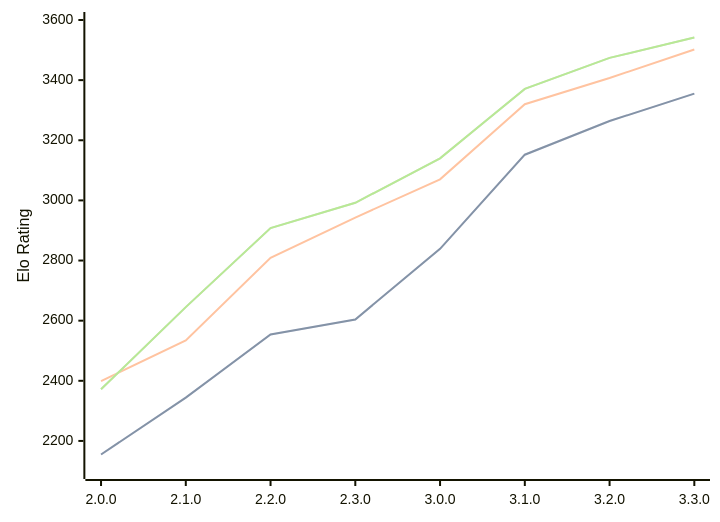
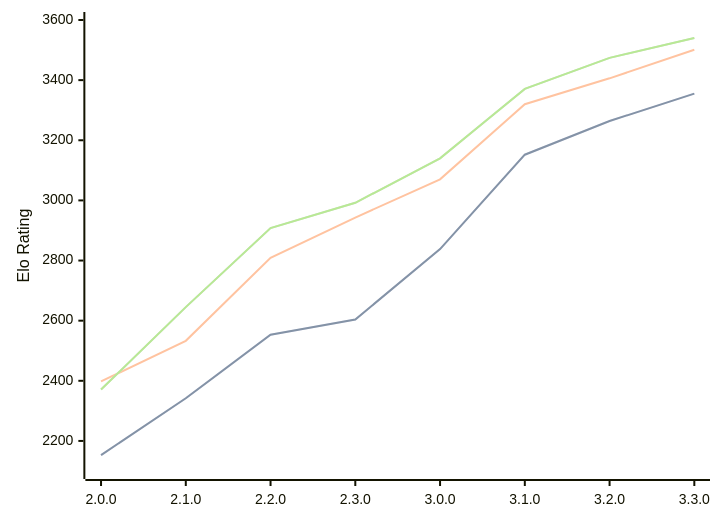
The diagram in engines/Raphael.md (computer-chess-index/cci), drawn with Mermaid before and after one commit. The commit also changed other lines of this file, not shown here.

Commit message:
Update CCI Ratings (ELO VLTC) - 2026-04-17

````diff
--- a/engines/Raphael.md
+++ b/engines/Raphael.md
@@ -50,11 +50,11 @@
 ```mermaid
 %%{init: {"theme":"base","themeVariables":{"seriesColors:['#a3a3a3','#222221','#faa371']}}}%%
 xychart-beta
   x-axis ["2.0.0", "2.1.0", "2.2.0", "2.3.0", "3.0.0", "3.1.0", "3.2.0", "3.3.0"]
   y-axis "Elo Rating" 2100 --> 3600
-  line "STC (8.0+0.08s)" [2155, 2344, 2554, 2604, 2839, 3152, 3264, 3355]
-  line "STC (8.0+0.08s)" [2155, 2344, 2554, 2604, 2839, 3152, 3264, 3355]
-  line "LTC (60.0+0.60s)" [2399, 2534, 2809, 2943, 3070, 3320, 3407, 3502]
-  line "VLTC (2m24s+1.12s)" [2372, 2645, 2908, 2992, 3140, 3371, 3474, 3542]
-  line "VLTC (2m24s+1.12s)" [2372, 2645, 2908, 2992, 3140, 3371, 3474, 3542]
+  line "STC (8.0+0.08s)" [2153, 2342, 2553, 2604, 2838, 3152, 3264, 3355]
+  line "STC (8.0+0.08s)" [2153, 2342, 2553, 2604, 2838, 3152, 3264, 3355]
+  line "LTC (60.0+0.60s)" [2398, 2533, 2809, 2943, 3070, 3320, 3406, 3501]
+  line "VLTC (2m24s+1.12s)" [2371, 2645, 2908, 2992, 3140, 3371, 3474, 3540]
+  line "VLTC (2m24s+1.12s)" [2371, 2645, 2908, 2992, 3140, 3371, 3474, 3540]
 ```
````
